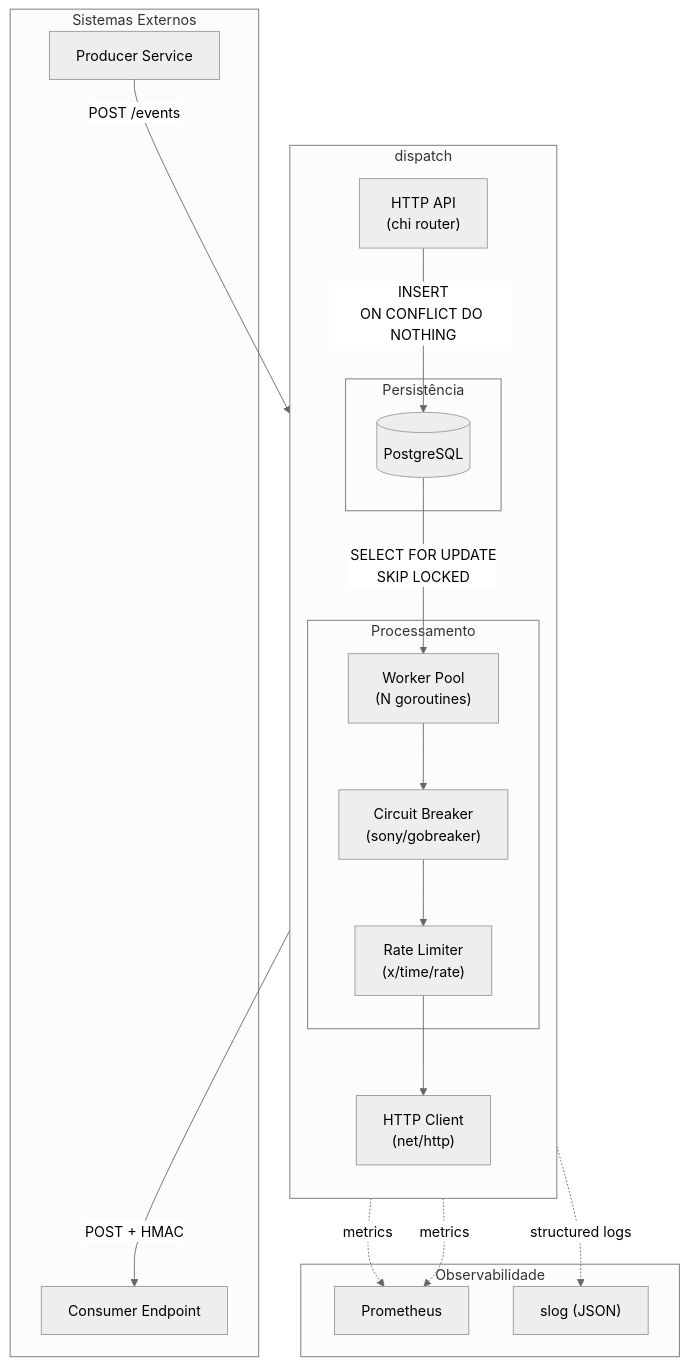
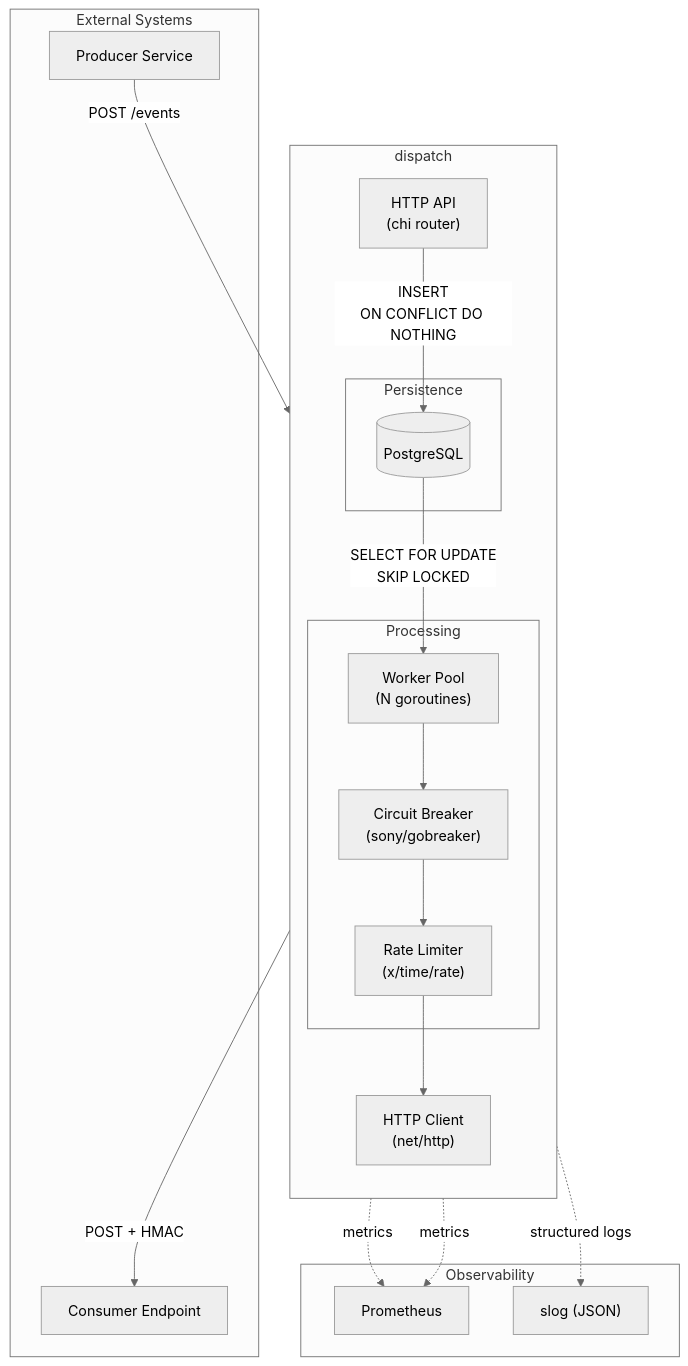
The first of 11 diagrams in docs/architecture.md (felipepmaragno/webhook-service), drawn with Mermaid (neutral theme) before and after one commit. The commit also changed other lines of this file and 1 other file, not shown here.

````diff
--- a/docs/architecture.md
+++ b/docs/architecture.md
@@ -7,41 +7,41 @@
 ```mermaid
 flowchart TB
-    subgraph External["Sistemas Externos"]
+    subgraph External["External Systems"]
         Producer["Producer Service"]
         Consumer["Consumer Endpoint"]
     end
 
     subgraph Dispatch["dispatch"]
         direction TB
         API["HTTP API<br/>(chi router)"]
         
-        subgraph Storage["Persistência"]
+        subgraph Storage["Persistence"]
             DB[(PostgreSQL)]
         end
         
-        subgraph Processing["Processamento"]
+        subgraph Processing["Processing"]
             Workers["Worker Pool<br/>(N goroutines)"]
             CB["Circuit Breaker<br/>(sony/gobreaker)"]
             RL["Rate Limiter<br/>(x/time/rate)"]
         end
         
         Delivery["HTTP Client<br/>(net/http)"]
     end
 
-    subgraph Observability["Observabilidade"]
+    subgraph Observability["Observability"]
         Metrics["Prometheus"]
         Logs["slog (JSON)"]
     end
 
     Producer -->|"POST /events"| API
     API -->|"INSERT<br/>ON CONFLICT DO NOTHING"| DB
     DB -->|"SELECT FOR UPDATE<br/>SKIP LOCKED"| Workers
     Workers --> CB
     CB --> RL
     RL --> Delivery
     Delivery -->|"POST + HMAC"| Consumer
     
     API -.->|metrics| Metrics
     Workers -.->|metrics| Metrics
     Delivery -.->|structured logs| Logs
 ```
````
